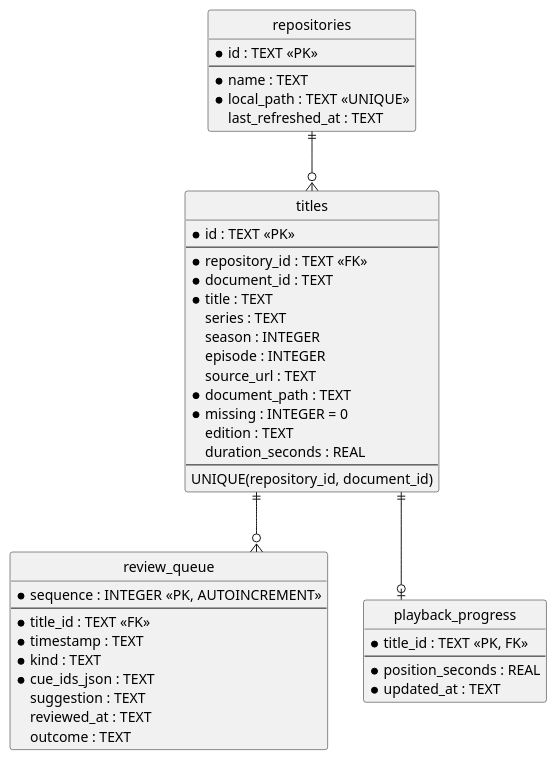
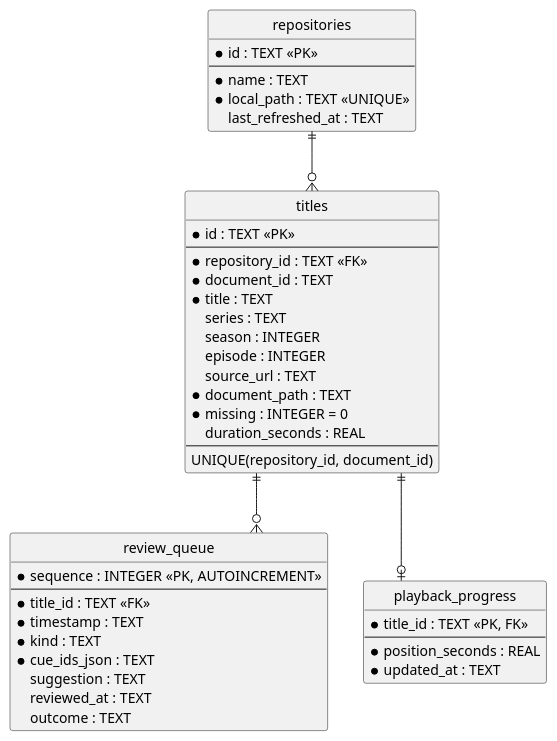
The diagram in docs/diagrams/database-schema.puml (parkie213/petites-roues), drawn with PlantUML before and after one commit. The commit also changed 53 other files, not shown here.

```diff
--- a/docs/diagrams/database-schema.puml
+++ b/docs/diagrams/database-schema.puml
@@ -1,55 +1,54 @@
 @startuml
 hide circle
 skinparam linetype ortho
 skinparam shadowing false
 
 entity "repositories" as repositories {
   * id : TEXT <<PK>>
   --
   * name : TEXT
   * local_path : TEXT <<UNIQUE>>
   last_refreshed_at : TEXT
 }
 
 entity "titles" as titles {
   * id : TEXT <<PK>>
   --
   * repository_id : TEXT <<FK>>
   * document_id : TEXT
   * title : TEXT
   series : TEXT
   season : INTEGER
   episode : INTEGER
   source_url : TEXT
   * document_path : TEXT
   * missing : INTEGER = 0
-  edition : TEXT
   duration_seconds : REAL
   --
   UNIQUE(repository_id, document_id)
 }
 
 entity "review_queue" as reviews {
   * sequence : INTEGER <<PK, AUTOINCREMENT>>
   --
   * title_id : TEXT <<FK>>
   * timestamp : TEXT
   * kind : TEXT
   * cue_ids_json : TEXT
   suggestion : TEXT
   reviewed_at : TEXT
   outcome : TEXT
 }
 
 entity "playback_progress" as progress {
   * title_id : TEXT <<PK, FK>>
   --
   * position_seconds : REAL
   * updated_at : TEXT
 }
 
 repositories ||--o{ titles
 titles ||--o{ reviews
 titles ||--o| progress
 
 @enduml
```
